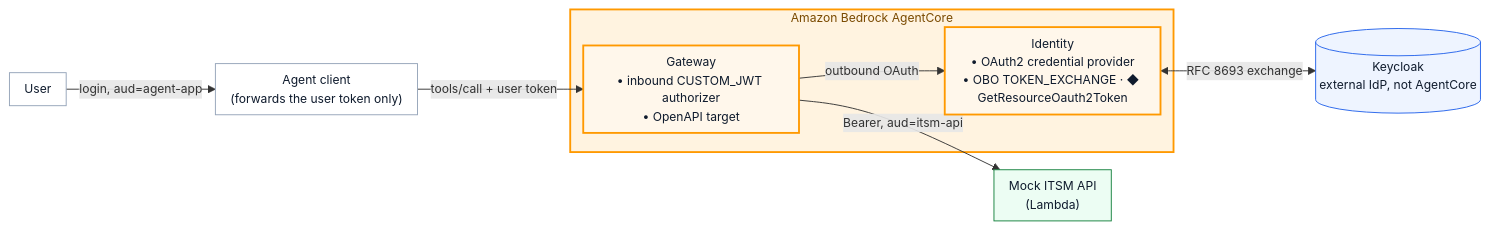
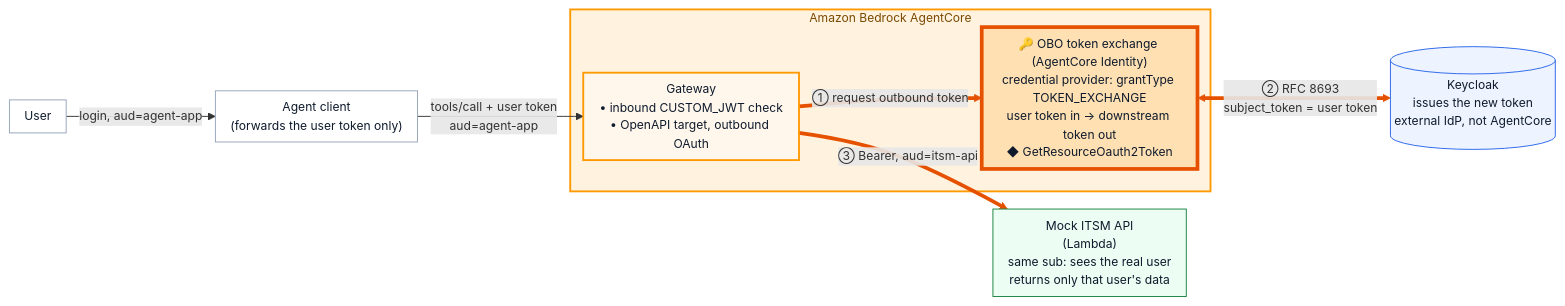
Before and after one commit to zanbei/agentcore-delegated-auth-poc: the first of 2 diagrams in README.md, drawn with Mermaid. The commit also changed other lines of this file and 5 other files, not shown here.

Commit message:
Highlight the OBO path in the architecture; explain where OBO is and is not used

````diff
--- a/README.md
+++ b/README.md
@@ -20,23 +20,26 @@
 ```mermaid
 %%{init: {"flowchart": {"nodeSpacing": 18, "rankSpacing": 28, "padding": 8}, "themeVariables": {"fontSize": "13px"}}}%%
 flowchart LR
     U["User"] -->|"login, aud=agent-app"| C["Agent client<br/>(forwards the user token only)"]
-    C -->|"tools/call + user token"| G
+    C -->|"tools/call + user token<br/>aud=agent-app"| G
     subgraph AC["Amazon Bedrock AgentCore"]
-        G["Gateway<br/>• inbound CUSTOM_JWT authorizer<br/>• OpenAPI target"]
-        I["Identity<br/>• OAuth2 credential provider<br/>• OBO TOKEN_EXCHANGE · ◆ GetResourceOauth2Token"]
-        G -->|"outbound OAuth"| I
+        G["Gateway<br/>• inbound CUSTOM_JWT check<br/>• OpenAPI target, outbound OAuth"]
+        O["🔑 OBO token exchange (AgentCore Identity)<br/>credential provider: grantType TOKEN_EXCHANGE<br/>user token in → downstream token out<br/>◆ GetResourceOauth2Token"]
+        G ==>|"① request outbound token"| O
     end
-    I <-->|"RFC 8693 exchange"| K[("Keycloak<br/>external IdP, not AgentCore")]
-    G -->|"Bearer, aud=itsm-api"| D["Mock ITSM API<br/>(Lambda)"]
+    O <==>|"② RFC 8693<br/>subject_token = user token"| K[("Keycloak<br/>issues the new token<br/>external IdP, not AgentCore")]
+    G ==>|"③ Bearer, aud=itsm-api"| D["Mock ITSM API<br/>(Lambda)<br/>same sub: sees the real user<br/>returns only that user's data"]
+    linkStyle 2,3,4 stroke:#e65100,stroke-width:4px
     classDef agentcore fill:#fff7eb,stroke:#ff9900,stroke-width:2px,color:#0f1b2d
+    classDef obo fill:#ffe0b2,stroke:#e65100,stroke-width:4px,color:#0f1b2d
     classDef idp fill:#eef4ff,stroke:#2563eb,color:#0f1b2d
     classDef app fill:#ffffff,stroke:#94a3b8,color:#0f1b2d
     classDef down fill:#ecfdf3,stroke:#15803d,color:#0f1b2d
     classDef risk fill:#fff1f0,stroke:#b42318,stroke-dasharray:5 4,color:#0f1b2d
     style AC fill:#fff3e0,stroke:#ff9900,stroke-width:2px,color:#7a4a00
-    class G,I agentcore
+    class G agentcore
+    class O obo
     class K idp
     class U,C app
     class D down
 ```
````
